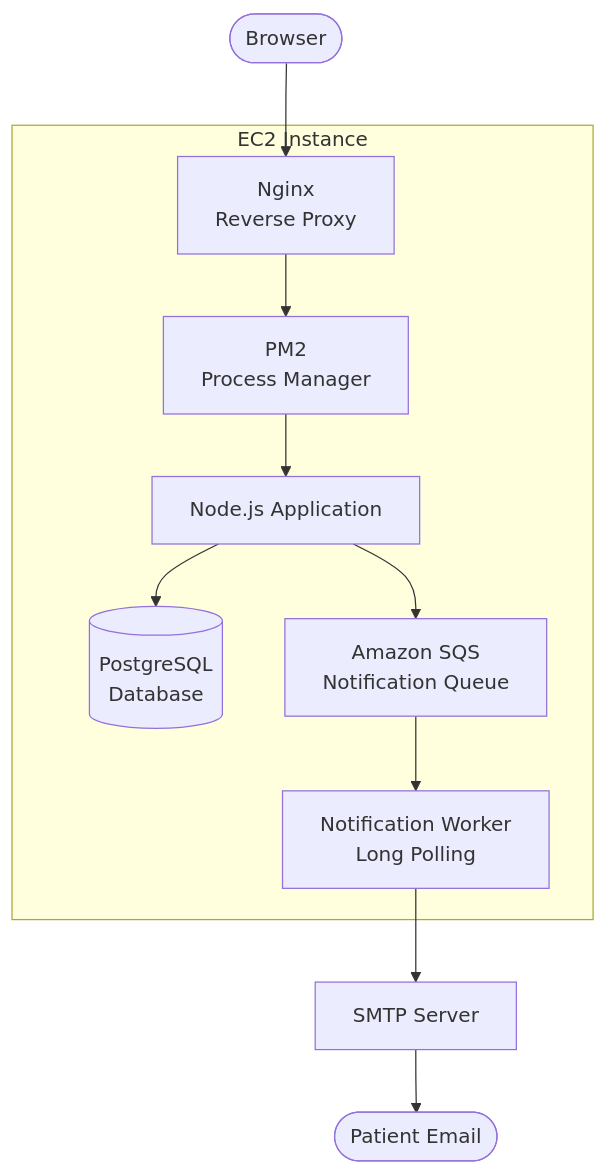
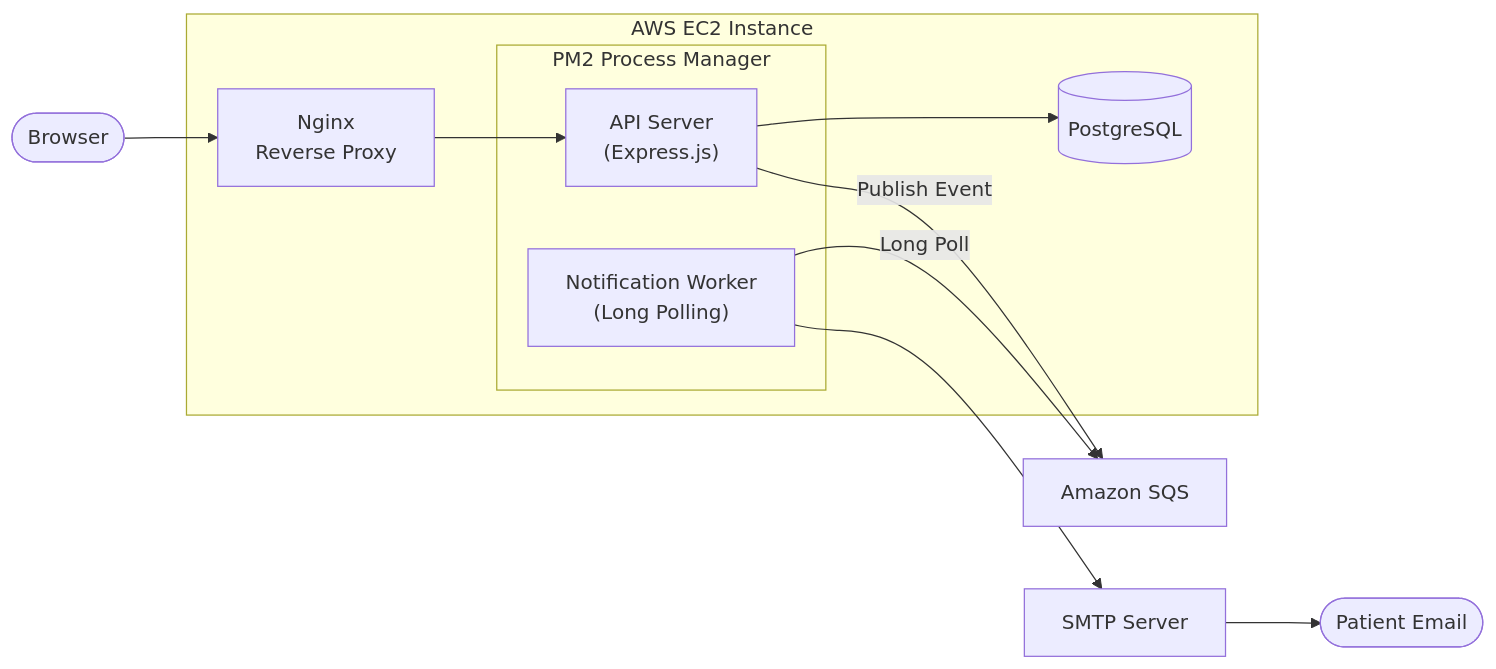
The eighth of 12 diagrams in docs/04-Flow-Design.md (AmbyHasan/HMS), drawn with Mermaid before and after one commit. The commit also changed other lines of this file, not shown here.

Commit message:
Fix flow design doc

````diff
--- a/docs/04-Flow-Design.md
+++ b/docs/04-Flow-Design.md
@@ -241,15 +241,28 @@
 ```mermaid
-flowchart TD
-    A([Browser]) --> B[Nginx\nReverse Proxy]
+flowchart LR
 
-    subgraph EC2 Instance
-        B --> C[PM2\nProcess Manager]
-        C --> D[Node.js Application]
-        D --> E[(PostgreSQL\nDatabase)]
-        D --> F[Amazon SQS\nNotification Queue]
-        F --> G[Notification Worker\nLong Polling]
+    Browser([Browser]) --> Nginx[Nginx<br/>Reverse Proxy]
+
+    subgraph EC2["AWS EC2 Instance"]
+
+        Nginx --> API
+
+        subgraph PM2["PM2 Process Manager"]
+
+            API["API Server<br/>(Express.js)"]
+
+            Worker["Notification Worker<br/>(Long Polling)"]
+
+        end
+
+        API --> DB[(PostgreSQL)]
     end
 
-    G --> H[SMTP Server]
-    H --> I([Patient Email])
+    SQS["Amazon SQS"]
+
+    API -->|Publish Event| SQS
+    Worker -->|Long Poll| SQS
+
+    Worker --> SMTP["SMTP Server"]
+    SMTP --> Mail([Patient Email])
 ```
````
